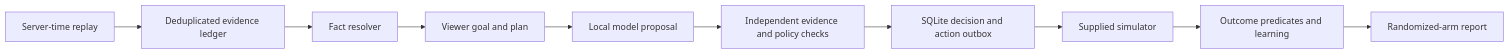
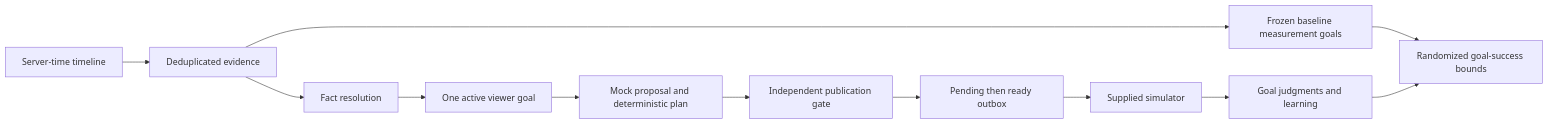
The diagram in ARCHITECTURE.md (ruthick-7/stage-one-user-one-agent), drawn with Mermaid before and after one commit. The commit also changed other lines of this file and 1788 other files, not shown here.

Commit message:
Fix lifecycle reliability and add goal-based measurement with audited sample run

````diff
--- a/ARCHITECTURE.md
+++ b/ARCHITECTURE.md
@@ -5,12 +5,14 @@
 ```mermaid
 flowchart LR
-    A[Server-time replay] --> B[Deduplicated evidence ledger]
-    B --> C[Fact resolver]
-    C --> D[Viewer goal and plan]
-    D --> E[Local model proposal]
-    E --> F[Independent evidence and policy checks]
-    F --> G[SQLite decision and action outbox]
+    A[Server-time timeline] --> B[Deduplicated evidence]
+    B --> C[Fact resolution]
+    C --> D[One active viewer goal]
+    D --> E[Mock proposal and deterministic plan]
+    E --> F[Independent publication gate]
+    F --> G[Pending then ready outbox]
     G --> H[Supplied simulator]
-    H --> I[Outcome predicates and learning]
-    I --> J[Randomized-arm report]
+    H --> I[Goal judgments and learning]
+    B --> J[Frozen baseline measurement goals]
+    J --> K[Randomized goal-success bounds]
+    I --> K
 ```
````
